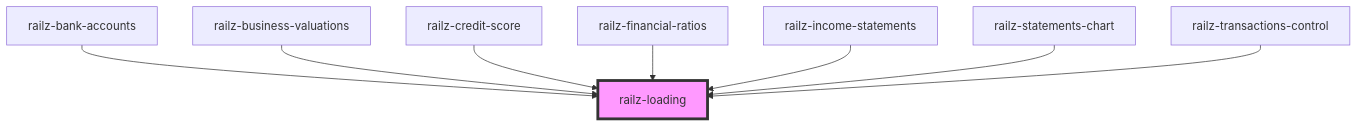
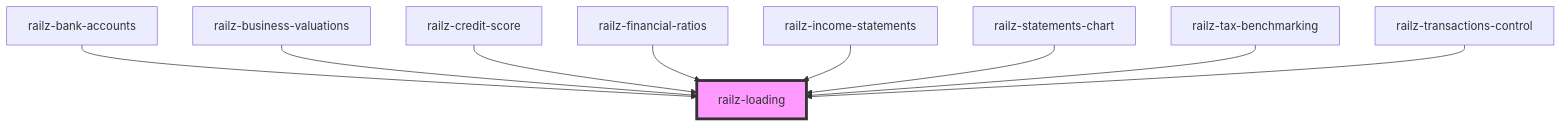
The diagram in packages/components/src/elements/loading/readme.md (railz-ai/railz-visualizations), drawn with Mermaid before and after one commit. The commit also changed other lines of this file and 21 other files, not shown here.

Commit message:
RLZ-3582 tax benchmarking report in visualization - created new component for tax benchmarking

````diff
--- a/packages/components/src/elements/loading/readme.md
+++ b/packages/components/src/elements/loading/readme.md
@@ -29,11 +30,12 @@
 ```mermaid
 graph TD;
   railz-bank-accounts --> railz-loading
   railz-business-valuations --> railz-loading
   railz-credit-score --> railz-loading
   railz-financial-ratios --> railz-loading
   railz-income-statements --> railz-loading
   railz-statements-chart --> railz-loading
+  railz-tax-benchmarking --> railz-loading
   railz-transactions-control --> railz-loading
   style railz-loading fill:#f9f,stroke:#333,stroke-width:4px
 ```
````
